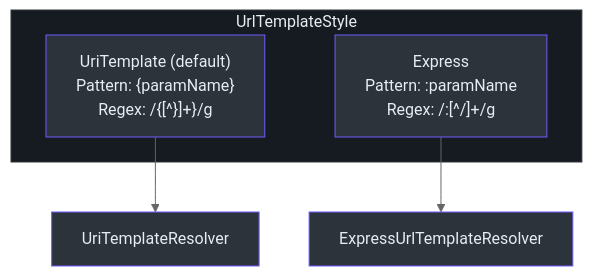
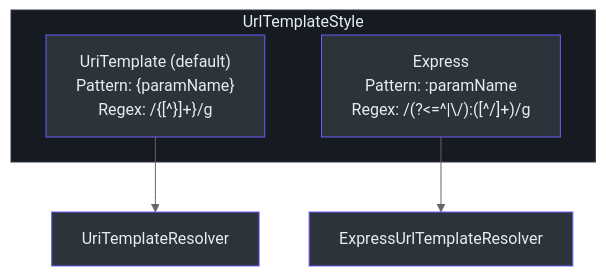
The second of 4 diagrams in wiki/architecture/url-builder.md (Ahoo-Wang/fetcher), drawn with Mermaid (neutral theme) before and after one commit. The commit also changed other lines of this file and 36 other files, not shown here.

````diff
--- a/wiki/architecture/url-builder.md
+++ b/wiki/architecture/url-builder.md
@@ -153,17 +154,17 @@
 ```mermaid
 graph TD
   subgraph Styles["UrlTemplateStyle"]
     style Styles fill:#161b22,stroke:#30363d,color:#e6edf3
     UT["UriTemplate (default)<br>Pattern: {paramName}<br>Regex: /{[^}]+}/g"]
-    ET["Express<br>Pattern: :paramName<br>Regex: /:[^/]+/g"]
+    ET["Express<br>Pattern: :paramName<br>Regex: /(?<=^|\/):([^/]+)/g"]
   end
 
   UT --> UTR["UriTemplateResolver"]
   ET --> ETR["ExpressUrlTemplateResolver"]
 
   style Styles fill:#161b22,stroke:#30363d,color:#e6edf3
   style UT fill:#2d333b,stroke:#6d5dfc,color:#e6edf3
   style ET fill:#2d333b,stroke:#6d5dfc,color:#e6edf3
   style UTR fill:#2d333b,stroke:#6d5dfc,color:#e6edf3
   style ETR fill:#2d333b,stroke:#6d5dfc,color:#e6edf3
 ```
````
